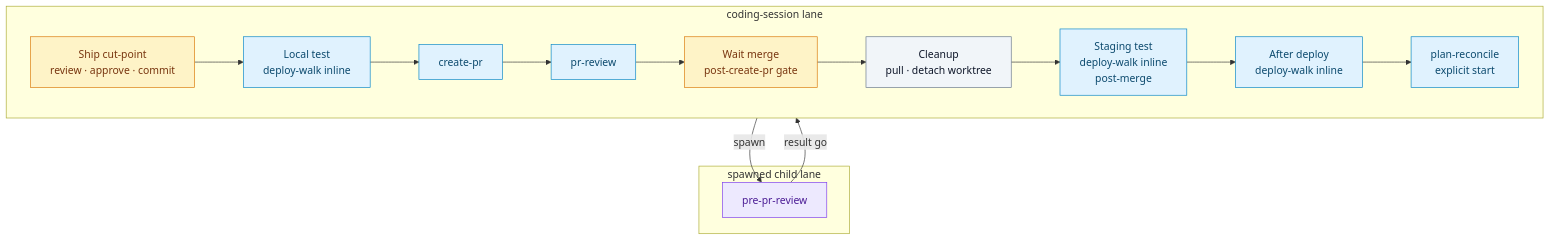
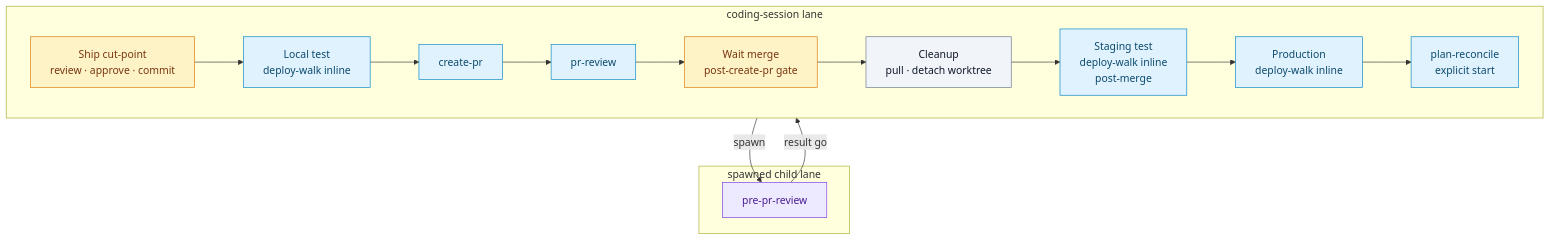
One commit to sedea-tapcart/research-and-development changed the second of 5 diagrams in missions/plan-and-deliver/plan.mdc. Above: the diagram before and after it, drawn with Mermaid. The commit also changed other lines of this file and 16 other files, not shown here.

Commit message:
Standardized deploy walk nomenclature to Local test, Staging test, and Production across R&D missions and skills.

````diff
--- a/missions/plan-and-deliver/plan.mdc
+++ b/missions/plan-and-deliver/plan.mdc
@@ -35,29 +35,29 @@
 ```mermaid
 flowchart TB
   classDef inline fill:#e0f2fe,stroke:#0284c7,color:#0c4a6e
   classDef spawn fill:#ede9fe,stroke:#7c3aed,color:#4c1d95
   classDef gate fill:#fef3c7,stroke:#d97706,color:#78350f
   classDef proc fill:#f1f5f9,stroke:#64748b,color:#0f172a
 
   subgraph CS["coding-session lane"]
     direction LR
     CUT["Ship cut-point<br/>review · approve · commit"]:::gate
     LTW["Local test<br/>deploy-walk inline"]:::inline
     CPR["create-pr"]:::inline
     PRV["pr-review"]:::inline
     WAIT["Wait merge<br/>post-create-pr gate"]:::gate
     PMC["Cleanup<br/>pull · detach worktree"]:::proc
     STW["Staging test<br/>deploy-walk inline<br/>post-merge"]:::inline
-    ADW["After deploy<br/>deploy-walk inline"]:::inline
+    ADW["Production<br/>deploy-walk inline"]:::inline
     REC["plan-reconcile<br/>explicit start"]:::inline
     CUT --> LTW --> CPR
     CPR --> PRV --> WAIT --> PMC --> STW --> ADW --> REC
   end
 
   subgraph CHILD["spawned child lane"]
     PPR["pre-pr-review"]:::spawn
   end
 
   LTW -->|spawn| PPR
   PPR -->|result go| CPR
 ```
````
